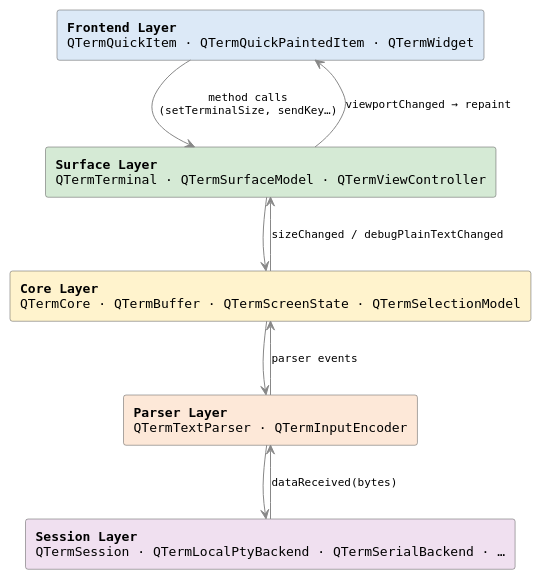
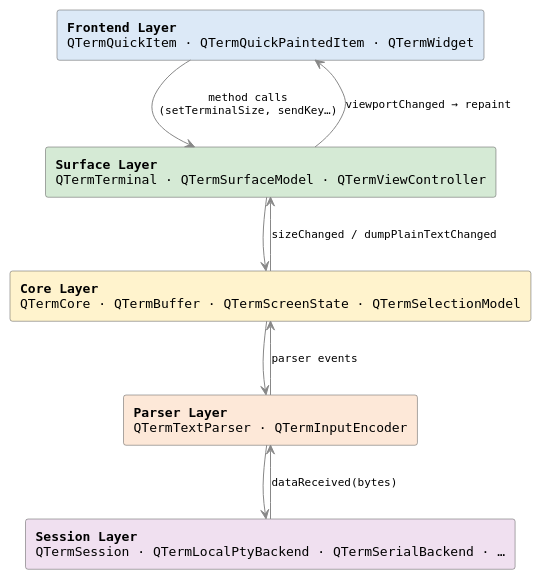
One commit to JunchongTang/qterm changed the diagram in docs/getting-started/overview.md. Above: the diagram before and after it, drawn with PlantUML. The commit also changed 14 other files, not shown here.

First line of the commit message:
refactor: rename debugPlainText to dumpPlainText across the codebase

````diff
--- a/docs/getting-started/overview.md
+++ b/docs/getting-started/overview.md
@@ -20,29 +20,29 @@
 ```plantuml
 @startuml qterm-layers
 skinparam {
     BackgroundColor transparent
     DefaultFontName monospaced
     RectangleBorderColor #555
     RectangleFontSize 13
     ArrowColor #888
     ArrowFontSize 11
 }
 
 rectangle "**Frontend Layer**\nQTermQuickItem · QTermQuickPaintedItem · QTermWidget" as FE #dce9f7
 rectangle "**Surface Layer**\nQTermTerminal · QTermSurfaceModel · QTermViewController" as SU #d5ead5
 rectangle "**Core Layer**\nQTermCore · QTermBuffer · QTermScreenState · QTermSelectionModel" as CO #fff3cd
 rectangle "**Parser Layer**\nQTermTextParser · QTermInputEncoder" as PA #fde8d8
 rectangle "**Session Layer**\nQTermSession · QTermLocalPtyBackend · QTermSerialBackend · …" as SE #f0e0f0
 
 FE -down-> SU : method calls\n(setTerminalSize, sendKey…)
 SU -down-> CO
 CO -down-> PA
 PA -down-> SE
 
 SE -up-> PA : dataReceived(bytes)
 PA -up-> CO : parser events
-CO -up-> SU : sizeChanged / debugPlainTextChanged
+CO -up-> SU : sizeChanged / dumpPlainTextChanged
 SU -up-> FE : viewportChanged → repaint
 
 @enduml
 ```
````
